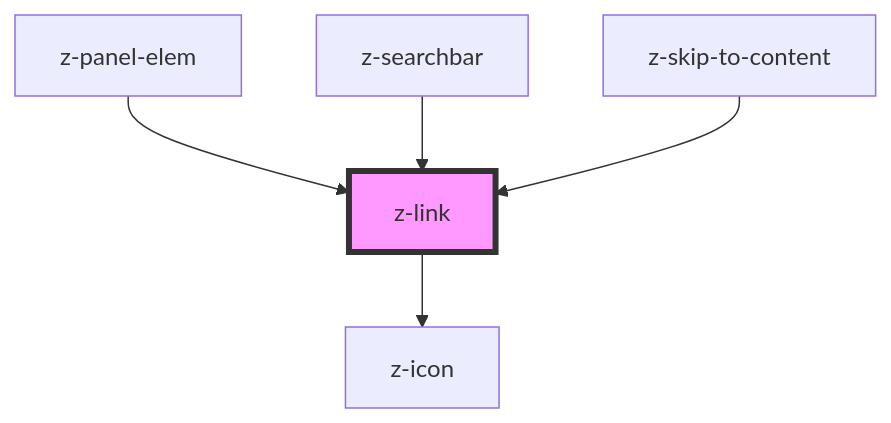
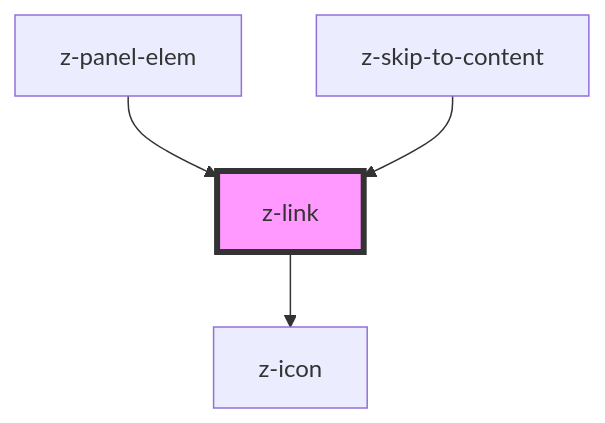
One commit to ZanichelliEditore/design-system changed the diagram in src/components/navigation/z-link/readme.md. Above: the diagram before and after it, drawn with Mermaid. The commit also changed other lines of this file and 4 other files, not shown here.

````diff
--- a/src/components/navigation/z-link/readme.md
+++ b/src/components/navigation/z-link/readme.md
@@ -61,8 +60,7 @@
 ```mermaid
 graph TD;
   z-link --> z-icon
   z-panel-elem --> z-link
-  z-searchbar --> z-link
   z-skip-to-content --> z-link
   style z-link fill:#f9f,stroke:#333,stroke-width:4px
 ```
````
